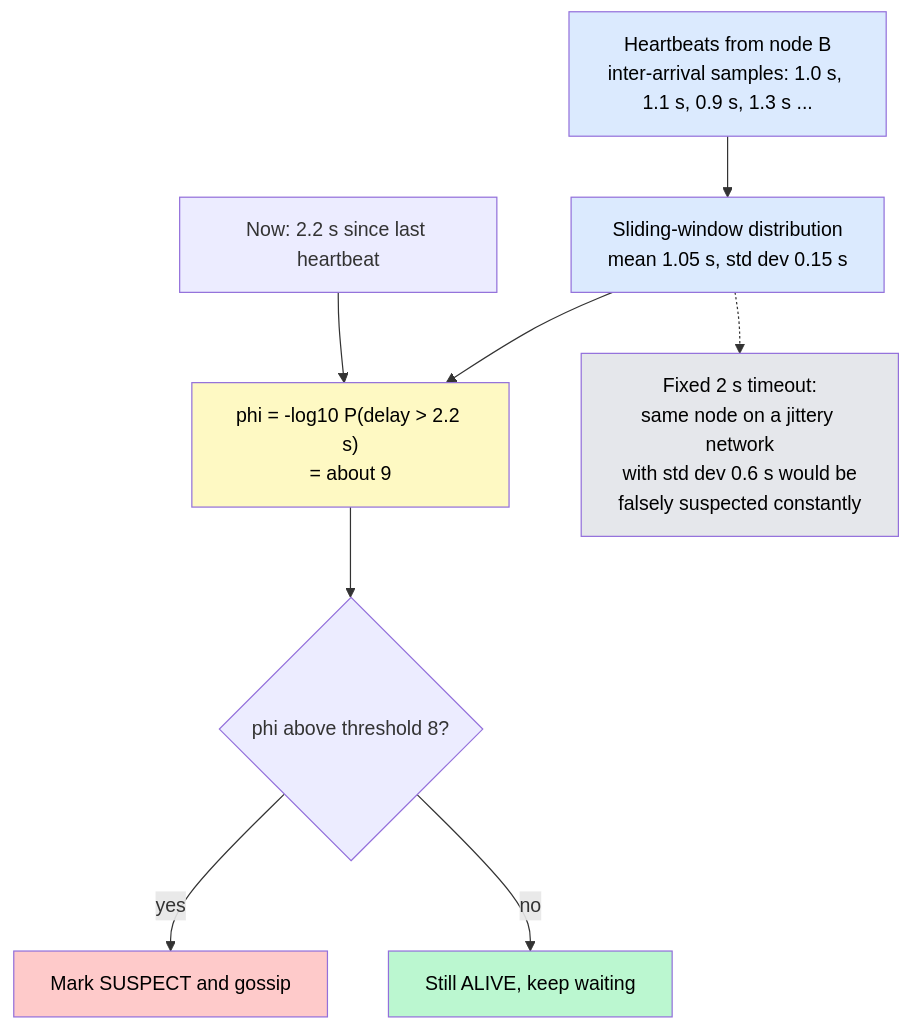
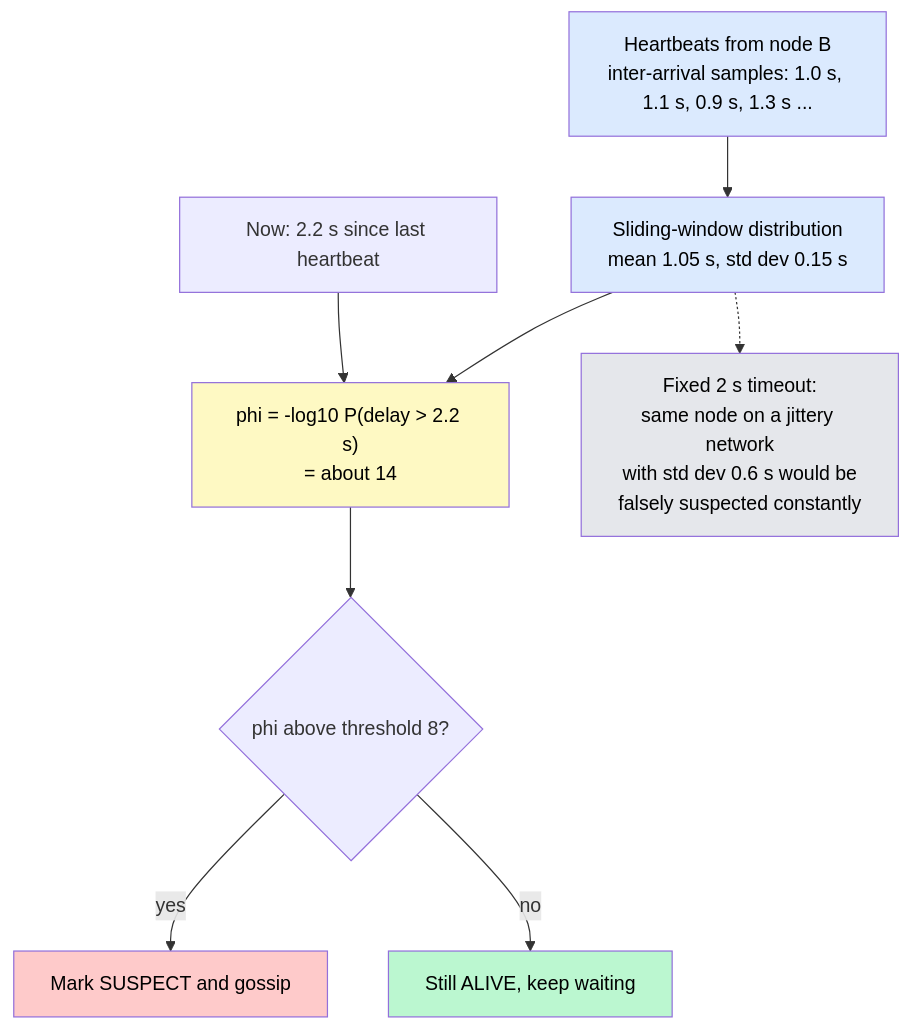
One commit to Ankan1998/learn-system-design changed the third of 4 diagrams in Level-04-Distributed-Systems/10-Gossip-and-Failure-Detection/README.md. Above: the diagram before and after it, drawn with Mermaid. The commit also changed other lines of this file and 139 other files, not shown here.

````diff
--- a/Level-04-Distributed-Systems/10-Gossip-and-Failure-Detection/README.md
+++ b/Level-04-Distributed-Systems/10-Gossip-and-Failure-Detection/README.md
@@ -167,24 +167,24 @@
 ```mermaid
 flowchart TD
     H["Heartbeats from node B<br/>inter-arrival samples: 1.0 s, 1.1 s, 0.9 s, 1.3 s ..."]
     DIST["Sliding-window distribution<br/>mean 1.05 s, std dev 0.15 s"]
     NOW["Now: 2.2 s since last heartbeat"]
-    PHI["phi = -log10 P(delay > 2.2 s)<br/>= about 9"]
+    PHI["phi = -log10 P(delay > 2.2 s)<br/>= about 14"]
     THR{"phi above threshold 8?"}
     SUS["Mark SUSPECT and gossip"]
     OK["Still ALIVE, keep waiting"]
     FIX["Fixed 2 s timeout:<br/>same node on a jittery network<br/>with std dev 0.6 s would be<br/>falsely suspected constantly"]
 
     H --> DIST --> PHI
     NOW --> PHI --> THR
     THR -->|"yes"| SUS
     THR -->|"no"| OK
     DIST -.-> FIX
 
     style H fill:#dbeafe,color:#000
     style DIST fill:#dbeafe,color:#000
     style PHI fill:#fef9c3,color:#000
     style SUS fill:#fecaca,color:#000
     style OK fill:#bbf7d0,color:#000
     style FIX fill:#e5e7eb,color:#000
 ```
````
